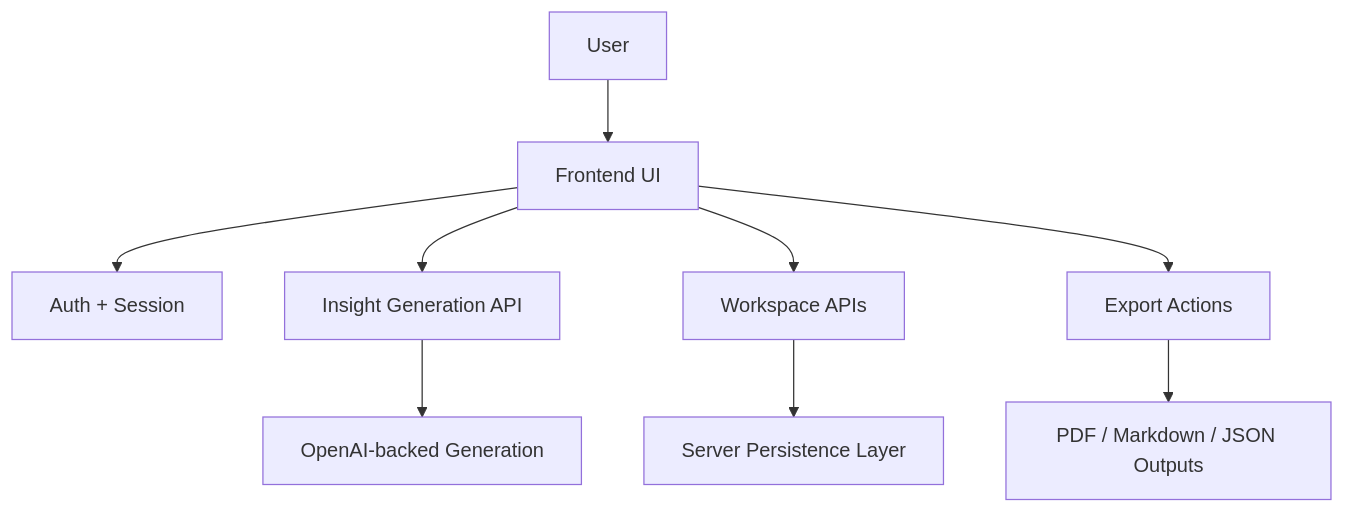
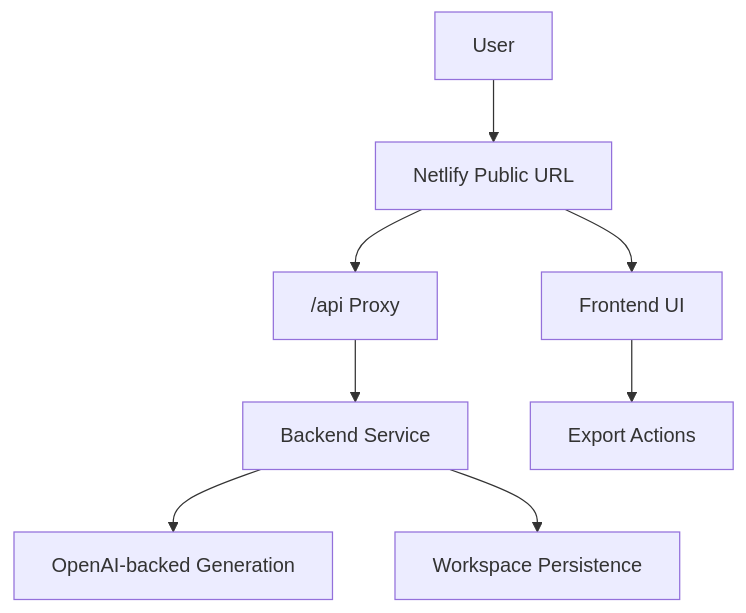
One commit to agarwalujala3-lang/Atlasiq-Ops-Platform changed the second of 2 diagrams in README.md. Above: the diagram before and after it, drawn with Mermaid. The commit also changed other lines of this file and 6 other files, not shown here.

Commit message:
Route public app through Netlify and refresh README

````diff
--- a/README.md
+++ b/README.md
@@ -103,11 +104,10 @@
 ```mermaid
 flowchart TB
-    U["User"] --> F["Frontend UI"]
-    F --> A["Auth + Session"]
-    F --> G["Insight Generation API"]
-    F --> W["Workspace APIs"]
-    G --> O["OpenAI-backed Generation"]
-    W --> D["Server Persistence Layer"]
+    U["User"] --> N["Netlify Public URL"]
+    N --> F["Frontend UI"]
+    N --> P["/api Proxy"]
+    P --> B["Backend Service"]
+    B --> O["OpenAI-backed Generation"]
+    B --> D["Workspace Persistence"]
     F --> E["Export Actions"]
-    E --> P["PDF / Markdown / JSON Outputs"]
 ```
````
